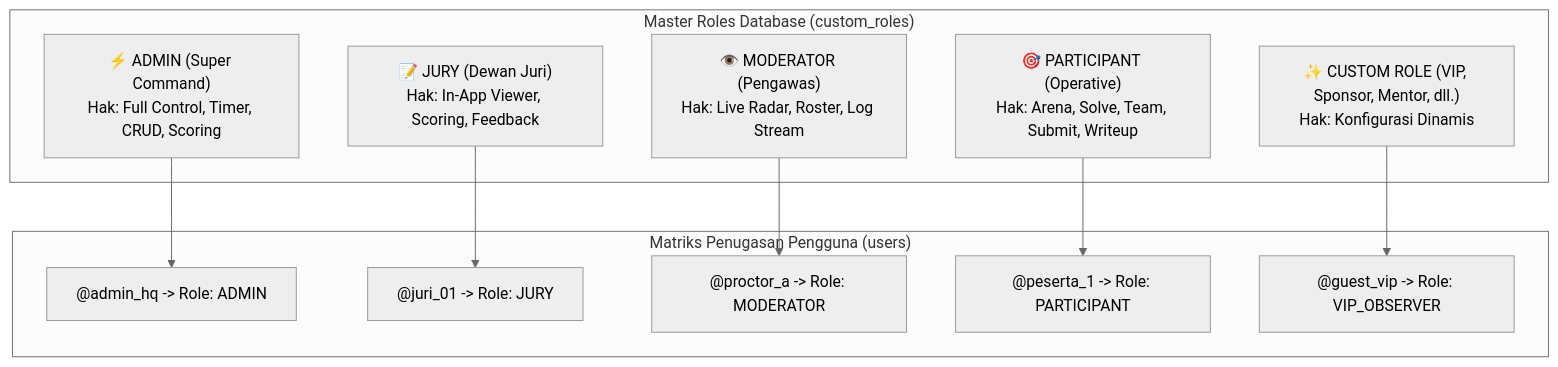
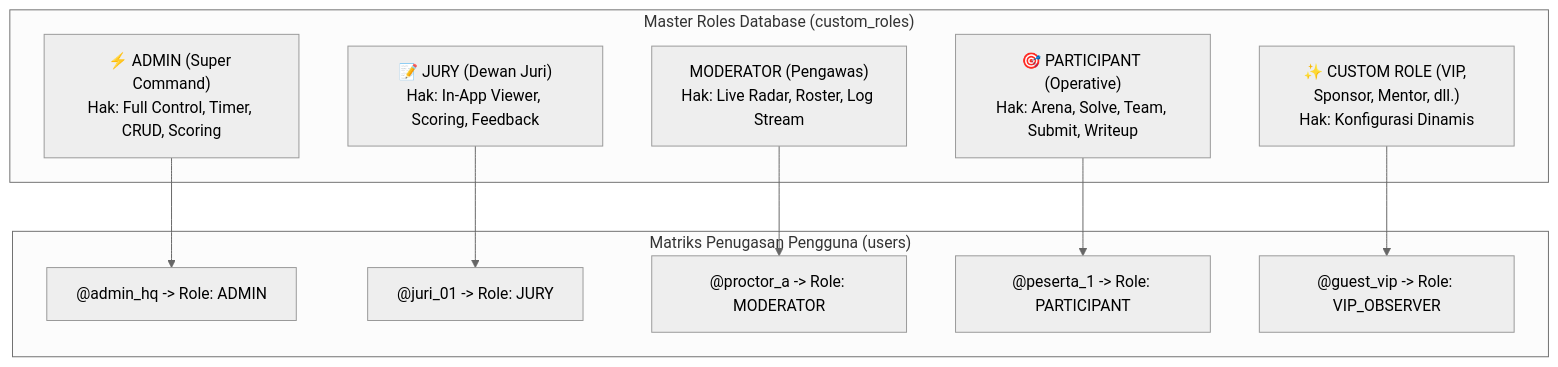
One commit to irizkyw/riseranger2-incident-response changed the seventh of 7 diagrams in README.md. Above: the diagram before and after it, drawn with Mermaid (neutral theme). The commit also changed other lines of this file and 25 other files, not shown here.

````diff
--- a/README.md
+++ b/README.md
@@ -293,24 +293,24 @@
 ```mermaid
 graph TB
     subgraph ROLES_SCHEMA["Master Roles Database (custom_roles)"]
         R1["⚡ ADMIN (Super Command)<br/>Hak: Full Control, Timer, CRUD, Scoring"]
         R2["📝 JURY (Dewan Juri)<br/>Hak: In-App Viewer, Scoring, Feedback"]
-        R3["👁️ MODERATOR (Pengawas)<br/>Hak: Live Radar, Roster, Log Stream"]
+        R3[" MODERATOR (Pengawas)<br/>Hak: Live Radar, Roster, Log Stream"]
         R4["🎯 PARTICIPANT (Operative)<br/>Hak: Arena, Solve, Team, Submit, Writeup"]
         R5["✨ CUSTOM ROLE (VIP, Sponsor, Mentor, dll.)<br/>Hak: Konfigurasi Dinamis"]
     end
 
     subgraph USERS_ASSIGNMENT["Matriks Penugasan Pengguna (users)"]
         U1["@admin_hq -> Role: ADMIN"]
         U2["@juri_01 -> Role: JURY"]
         U3["@proctor_a -> Role: MODERATOR"]
         U4["@peserta_1 -> Role: PARTICIPANT"]
         U5["@guest_vip -> Role: VIP_OBSERVER"]
     end
 
     R1 --> U1
     R2 --> U2
     R3 --> U3
     R4 --> U4
     R5 --> U5
 ```
````
